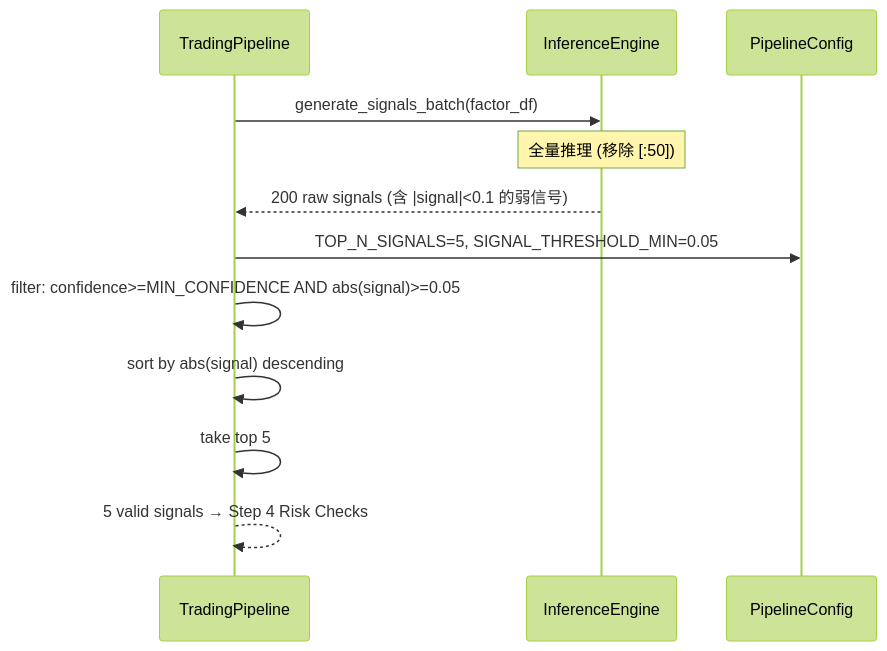
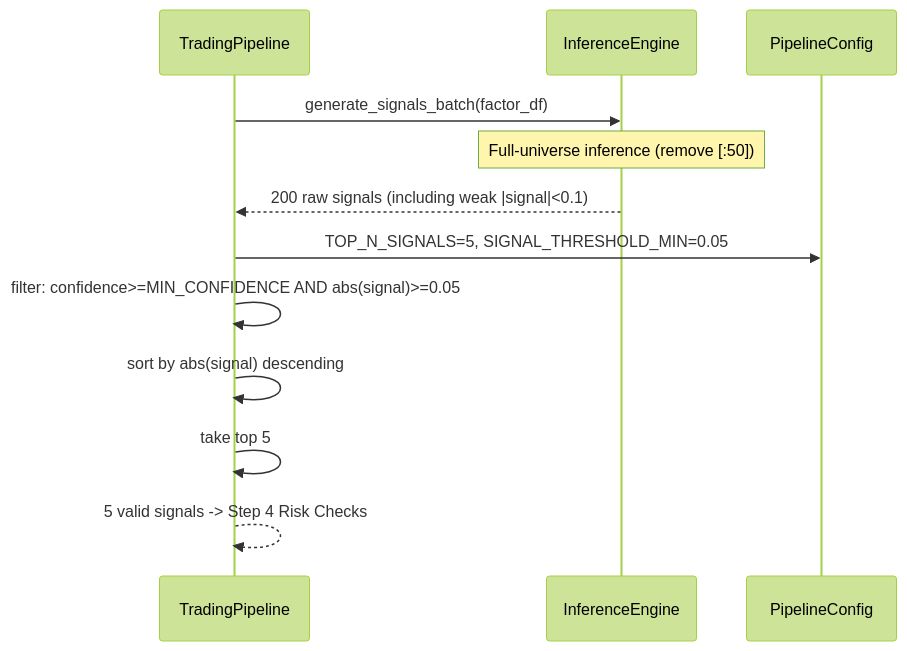
The third of 5 diagrams in docs/system_design.md (AndrewMa1992/quant-ai-trader), drawn with Mermaid (forest theme) before and after one commit. The commit also changed other lines of this file and 130 other files, not shown here.

````diff
--- a/docs/system_design.md
+++ b/docs/system_design.md
@@ -157,15 +157,15 @@
 ```mermaid
 sequenceDiagram
     participant TP as TradingPipeline
     participant IE as InferenceEngine
     participant PC as PipelineConfig
 
     TP->>IE: generate_signals_batch(factor_df)
-    Note over IE: 全量推理 (移除 [:50])
-    IE-->>TP: 200 raw signals (含 |signal|<0.1 的弱信号)
+    Note over IE: Full-universe inference (remove [:50])
+    IE-->>TP: 200 raw signals (including weak |signal|<0.1)
     TP->>PC: TOP_N_SIGNALS=5, SIGNAL_THRESHOLD_MIN=0.05
     TP->>TP: filter: confidence>=MIN_CONFIDENCE AND abs(signal)>=0.05
     TP->>TP: sort by abs(signal) descending
     TP->>TP: take top 5
-    TP-->>TP: 5 valid signals → Step 4 Risk Checks
+    TP-->>TP: 5 valid signals -> Step 4 Risk Checks
 ```
````
